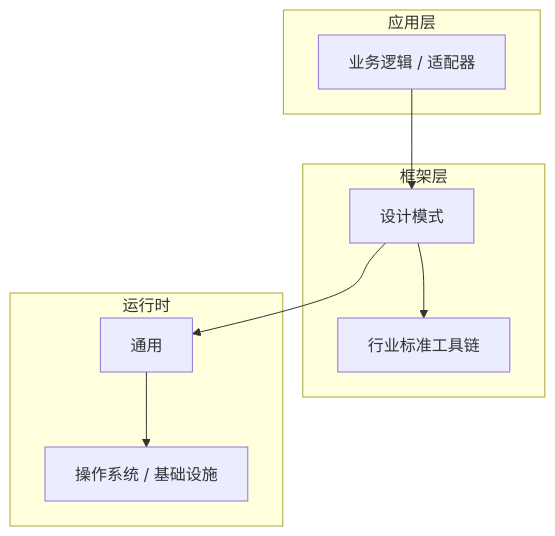
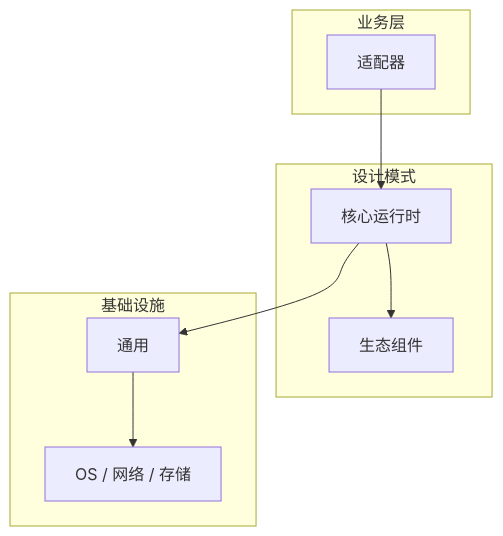
The diagram in articles/设计模式/chapters/033-适配器核心概念与原理.md (yanggan2015/knowledge-json-v2), drawn with Mermaid before and after one commit. The commit also changed other lines of this file and 10127 other files, not shown here.

````diff
--- a/articles/设计模式/chapters/033-适配器核心概念与原理.md
+++ b/articles/设计模式/chapters/033-适配器核心概念与原理.md
@@ -45,18 +34,18 @@
 ```mermaid
 graph TB
-    subgraph 应用层
-        A[业务逻辑 / 适配器]
+    subgraph 业务层
+        A[适配器]
     end
-    subgraph 框架层
-        B[设计模式]
-        C[行业标准工具链]
+    subgraph 设计模式
+        B[核心运行时]
+        C[生态组件]
     end
-    subgraph 运行时
+    subgraph 基础设施
         D[通用]
-        E[操作系统 / 基础设施]
+        E[OS / 网络 / 存储]
     end
     A --> B
     B --> C
     B --> D
     D --> E
 ```
````
